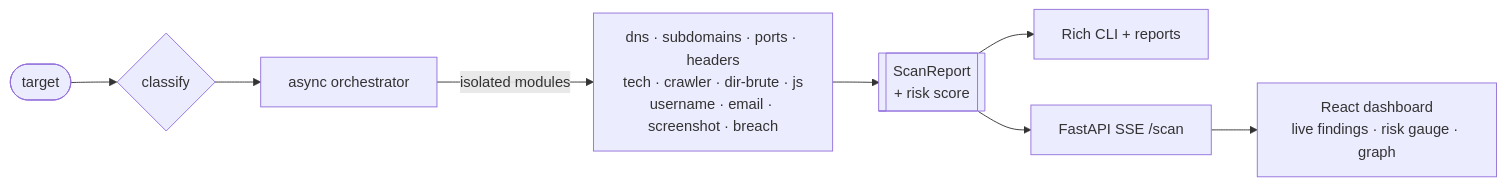
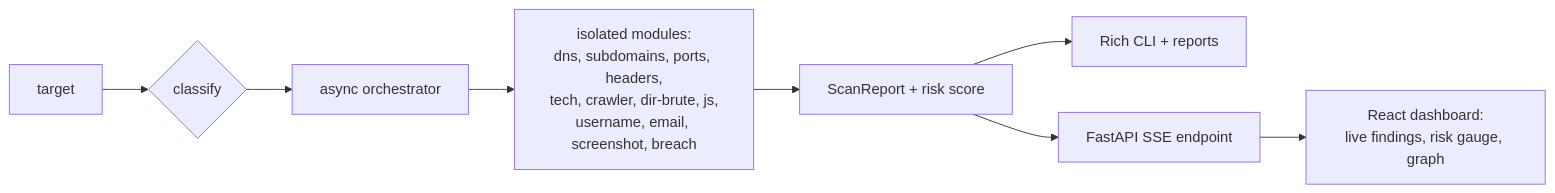
Before and after one commit to AMREESHAYS/OSINT-tool: the diagram in README.md, drawn with Mermaid. The commit also changed other lines of this file, not shown here.

Commit message:
docs: clone-first install steps + nmap note; fix Mermaid diagram rendering

````diff
--- a/README.md
+++ b/README.md
@@ -65,10 +78,10 @@
 ```mermaid
 flowchart LR
-    T([target]) --> C{classify}
-    C --> O[async orchestrator]
-    O -->|isolated modules| M[dns · subdomains · ports · headers<br/>tech · crawler · dir-brute · js<br/>username · email · screenshot · breach]
-    M --> R[[ScanReport<br/>+ risk score]]
-    R --> CLI[Rich CLI + reports]
-    R --> API[FastAPI SSE /scan]
-    API --> UI[React dashboard<br/>live findings · risk gauge · graph]
+    T["target"] --> C{"classify"}
+    C --> O["async orchestrator"]
+    O --> M["isolated modules:<br>dns, subdomains, ports, headers,<br>tech, crawler, dir-brute, js,<br>username, email, screenshot, breach"]
+    M --> R["ScanReport + risk score"]
+    R --> CLI["Rich CLI + reports"]
+    R --> API["FastAPI SSE endpoint"]
+    API --> UI["React dashboard:<br>live findings, risk gauge, graph"]
 ```
````
